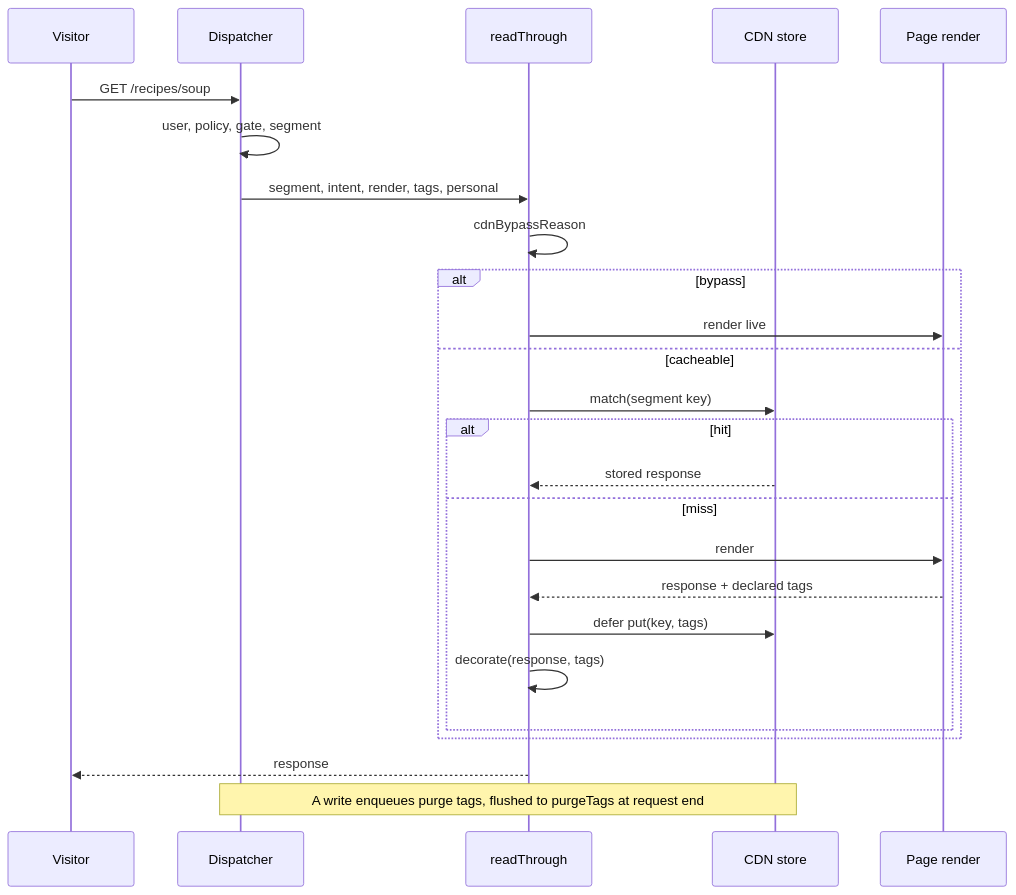
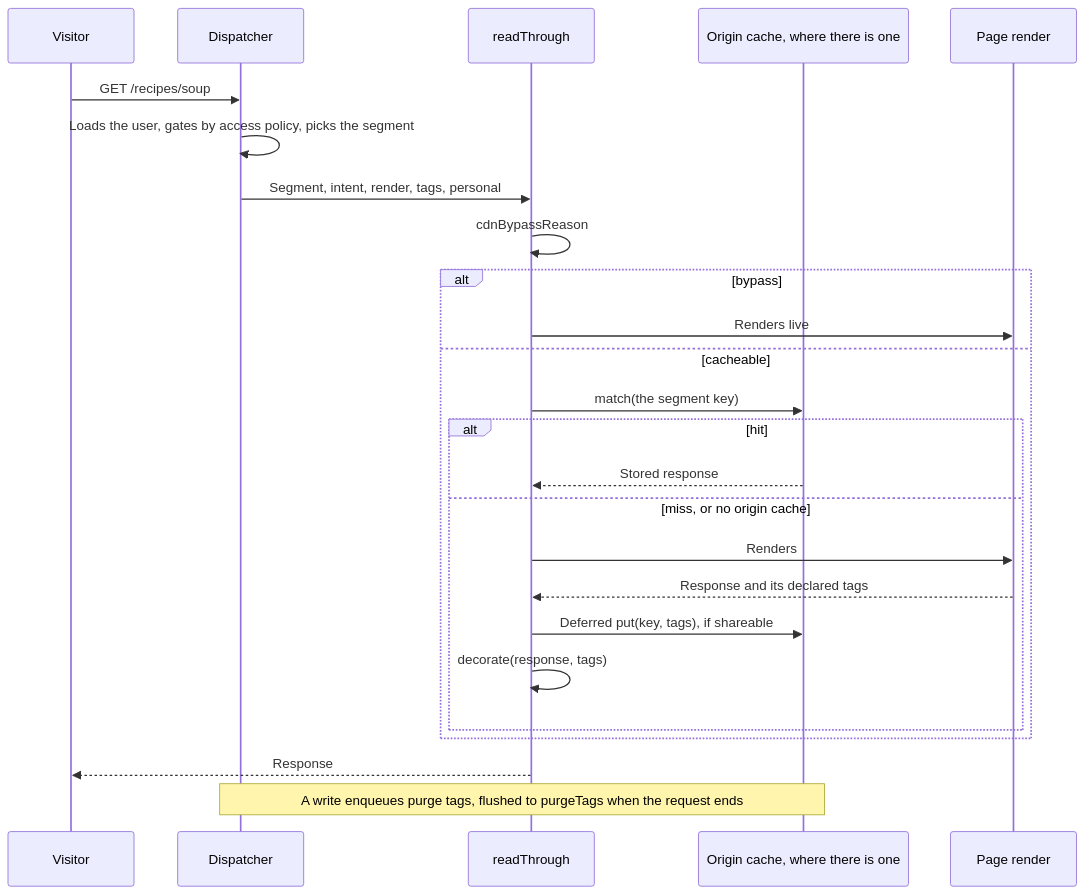
One commit to withplumix/plumix changed the diagram in docs/architecture/cdn-cache.md. Above: the diagram before and after it, drawn with Mermaid. The commit also changed other lines of this file and 21 other files, not shown here.

````diff
--- a/docs/architecture/cdn-cache.md
+++ b/docs/architecture/cdn-cache.md
@@ -7,27 +7,27 @@
 ```mermaid
 sequenceDiagram
   participant V as Visitor
   participant D as Dispatcher
   participant R as readThrough
-  participant S as CDN store
+  participant S as Origin cache, where there is one
   participant P as Page render
   V->>D: GET /recipes/soup
-  D->>D: user, policy, gate, segment
-  D->>R: segment, intent, render, tags, personal
+  D->>D: Loads the user, gates by access policy, picks the segment
+  D->>R: Segment, intent, render, tags, personal
   R->>R: cdnBypassReason
   alt bypass
-    R->>P: render live
+    R->>P: Renders live
   else cacheable
-    R->>S: match(segment key)
+    R->>S: match(the segment key)
     alt hit
-      S-->>R: stored response
-    else miss
-      R->>P: render
-      P-->>R: response + declared tags
-      R->>S: defer put(key, tags)
+      S-->>R: Stored response
+    else miss, or no origin cache
+      R->>P: Renders
+      P-->>R: Response and its declared tags
+      R->>S: Deferred put(key, tags), if shareable
       R->>R: decorate(response, tags)
     end
   end
-  R-->>V: response
-  Note over D,S: A write enqueues purge tags, flushed to purgeTags at request end
+  R-->>V: Response
+  Note over D,S: A write enqueues purge tags, flushed to purgeTags when the request ends
 ```
````
